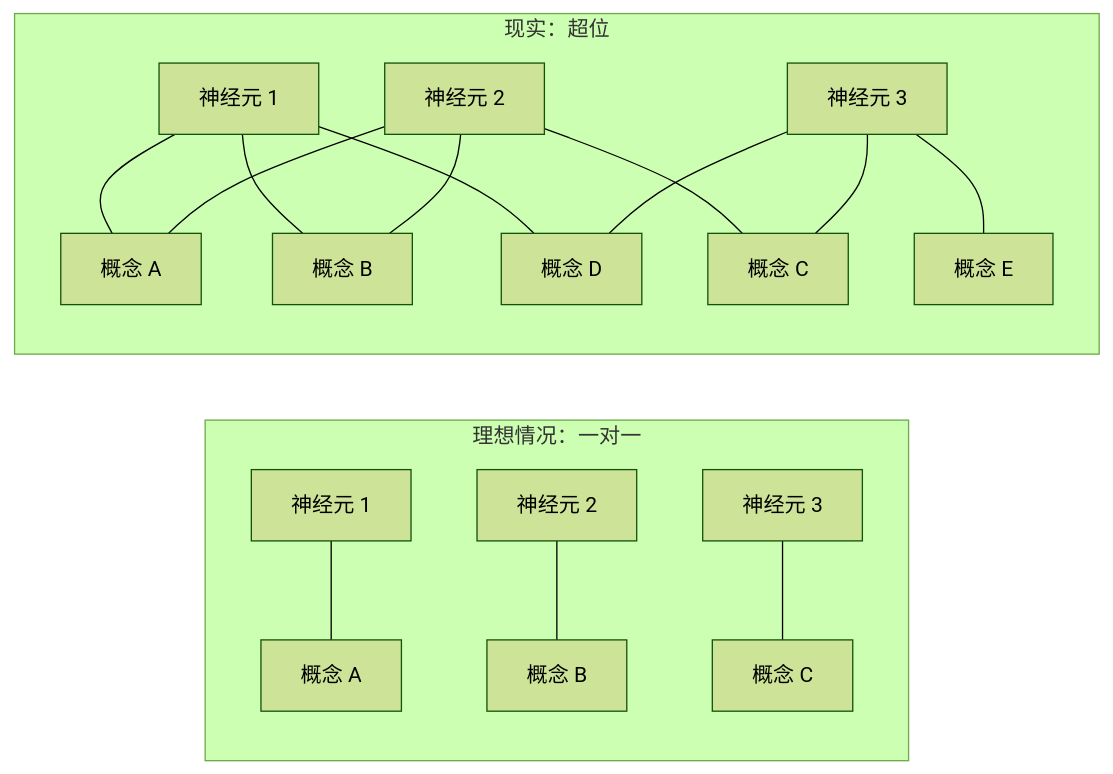
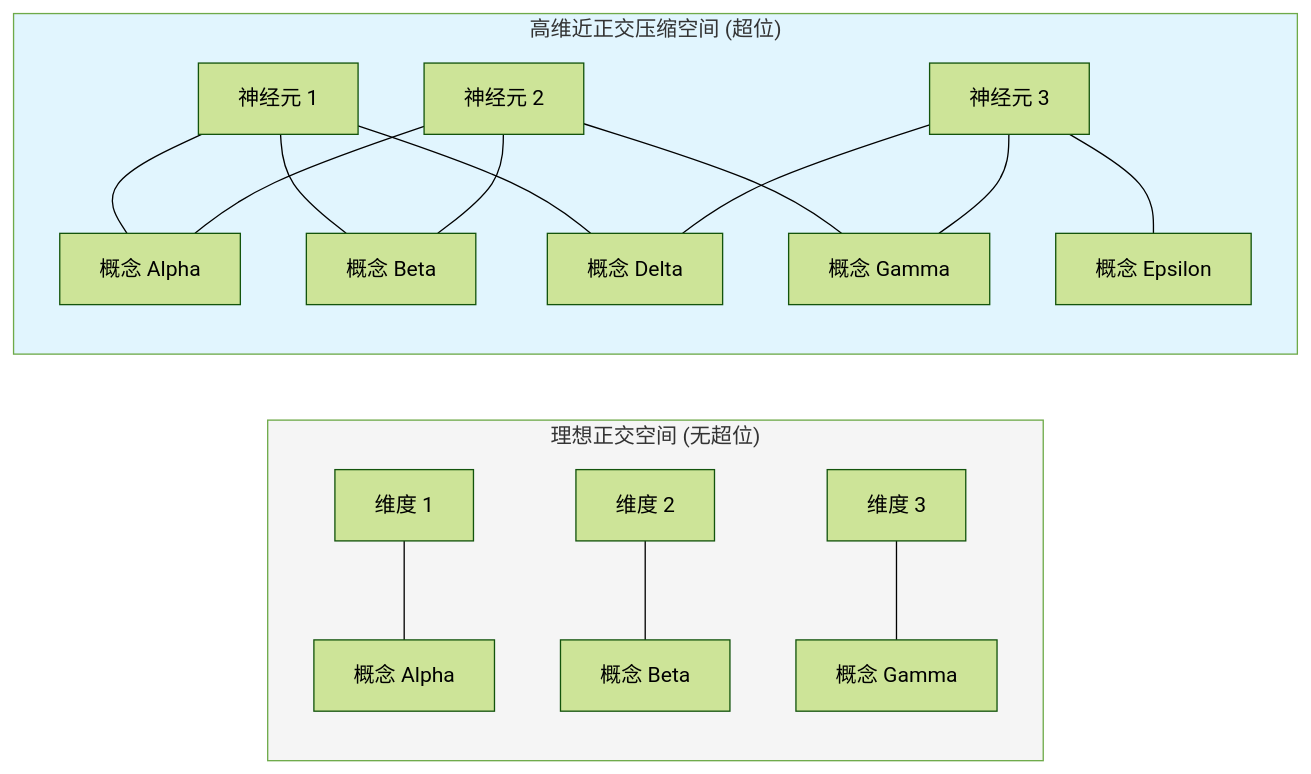
One commit to yingwang/thinking-in-llm changed the second of 8 diagrams in chapters/13-interpretability.md. Above: the diagram before and after it, drawn with Mermaid (forest theme). The commit also changed other lines of this file and 31 other files, not shown here.

````diff
--- a/chapters/13-interpretability.md
+++ b/chapters/13-interpretability.md
@@ -98,20 +71,23 @@
 ```mermaid
 graph LR
-    subgraph "理想情况：一对一"
-        N1["神经元 1"] --- C1["概念 A"]
-        N2["神经元 2"] --- C2["概念 B"]
-        N3["神经元 3"] --- C3["概念 C"]
+    subgraph 理想单义空间["理想正交空间 (无超位)"]
+        N1["维度 1"] --- C1["概念 Alpha"]
+        N2["维度 2"] --- C2["概念 Beta"]
+        N3["维度 3"] --- C3["概念 Gamma"]
     end
     
-    subgraph "现实：超位"
-        N4["神经元 1"] --- C4["概念 A"]
-        N4 --- C5["概念 B"]
-        N4 --- C6["概念 D"]
-        N5["神经元 2"] --- C4
-        N5 --- C5
-        N5 --- C7["概念 C"]
-        N6["神经元 3"] --- C6
-        N6 --- C7
-        N6 --- C8["概念 E"]
+    subgraph 超位干涉空间["高维近正交压缩空间 (超位)"]
+        D1["神经元 1"] --- C4["概念 Alpha"]
+        D1 --- C5["概念 Beta"]
+        D1 --- C6["概念 Delta"]
+        D2["神经元 2"] --- C4
+        D2 --- C5
+        D2 --- C7["概念 Gamma"]
+        D3["神经元 3"] --- C6
+        D3 --- C7
+        D3 --- C8["概念 Epsilon"]
     end
+    
+    style 理想单义空间 fill:#f5f5f5
+    style 超位干涉空间 fill:#e1f5fe
 ```
````
